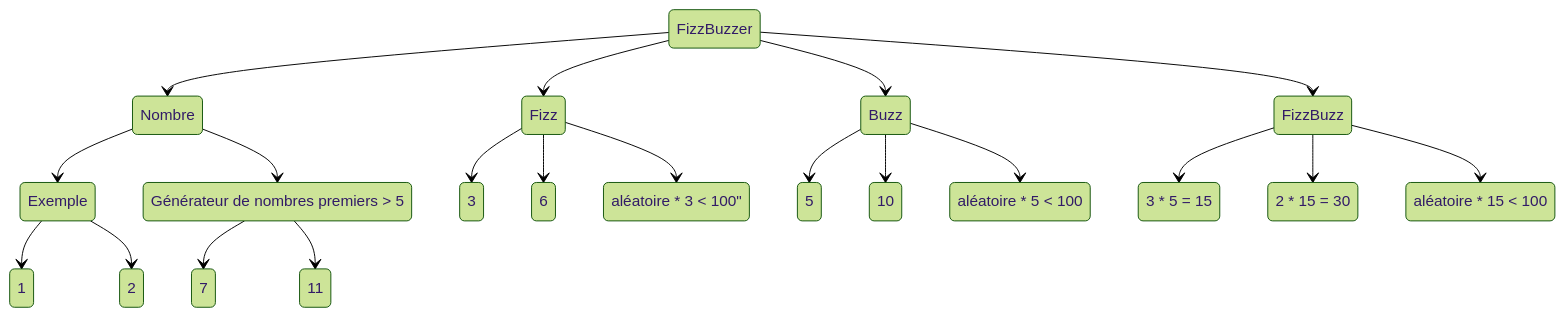
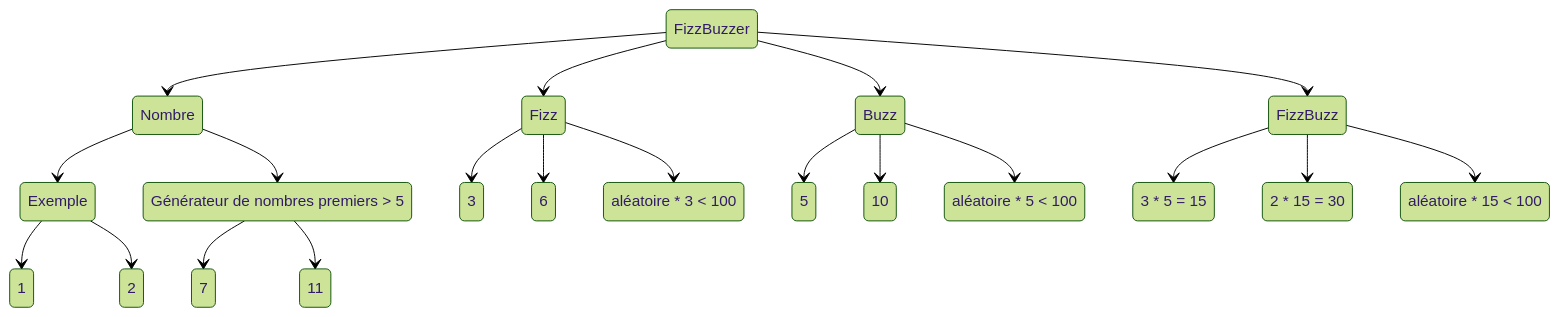
Before and after one commit to PermaSoft/permasoft.github.io: the diagram in 04 Jardins/codeKatas/FizzBuzz.md, drawn with Mermaid (forest theme). The commit also changed other lines of this file and 1 other file, not shown here.

Commit message:
vault backup: 2022-12-09 16:56:11
Affected files:
.obsidian/workspace.json
04 Jardins/codeKatas/FizzBuzz.md

````diff
--- a/04 Jardins/codeKatas/FizzBuzz.md
+++ b/04 Jardins/codeKatas/FizzBuzz.md
@@ -56,22 +56,22 @@
 ```mermaid
 stateDiagram-v2
-    FizzBuzzer --> Nombre
-    Nombre --> Exemple
-    Nombre --> Générateur#nbsp;de#nbsp;nombres#nbsp;premiers#nbsp;>#nbsp;5
-    Exemple --> 1
-    Exemple --> 2
-	Générateur#nbsp;de#nbsp;nombres#nbsp;premiers#nbsp;>#nbsp;5 --> 7
+	FizzBuzzer --> Nombre
+	Nombre --> Exemple
+	Nombre --> Générateur#nbsp;de#nbsp;nombres#nbsp;premiers#nbsp;>#nbsp;5
+	Exemple --> 1
+	Exemple --> 2
+		Générateur#nbsp;de#nbsp;nombres#nbsp;premiers#nbsp;>#nbsp;5 --> 7
 	Générateur#nbsp;de#nbsp;nombres#nbsp;premiers#nbsp;>#nbsp;5 --> 11
-    FizzBuzzer --> Fizz
-    Fizz --> 3
-    Fizz --> 6
-    Fizz --> aléatoire#nbsp;*#nbsp;3#nbsp;<#nbsp;100"
-    FizzBuzzer --> Buzz
-    Buzz --> 5
-    Buzz --> 10
-    Buzz --> aléatoire#nbsp;*#nbsp;5#nbsp;<#nbsp;100
-    FizzBuzzer --> FizzBuzz
-    FizzBuzz --> 3#nbsp;*#nbsp;5#nbsp;=#nbsp;15
-    FizzBuzz --> 2#nbsp;*#nbsp;15#nbsp;=#nbsp;30
-    FizzBuzz --> aléatoire#nbsp;*#nbsp;15#nbsp;<#nbsp;100    
+	FizzBuzzer --> Fizz
+	Fizz --> 3
+	Fizz --> 6
+	Fizz --> aléatoire#nbsp;*#nbsp;3#nbsp;<#nbsp;100
+	FizzBuzzer --> Buzz
+	Buzz --> 5
+	Buzz --> 10
+	Buzz --> aléatoire#nbsp;*#nbsp;5#nbsp;<#nbsp;100
+	FizzBuzzer --> FizzBuzz
+	FizzBuzz --> 3#nbsp;*#nbsp;5#nbsp;=#nbsp;15
+	FizzBuzz --> 2#nbsp;*#nbsp;15#nbsp;=#nbsp;30
+	FizzBuzz --> aléatoire#nbsp;*#nbsp;15#nbsp;<#nbsp;100
 ```
````
